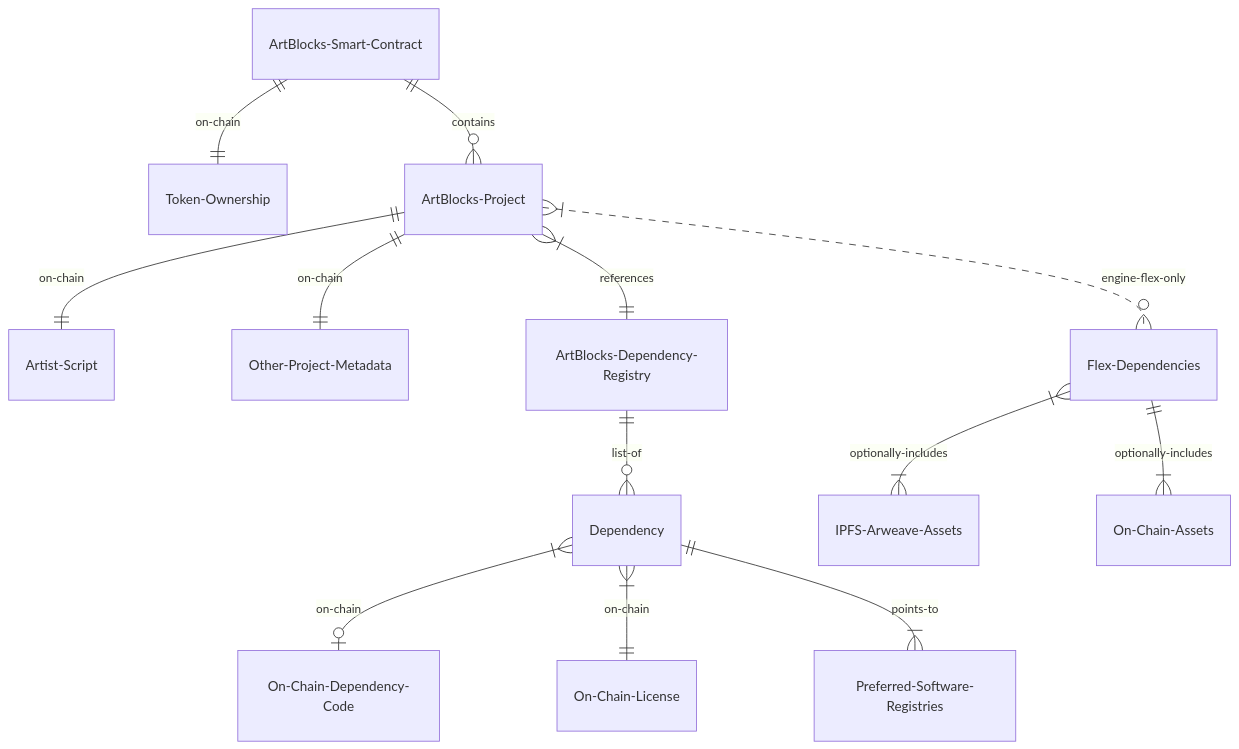
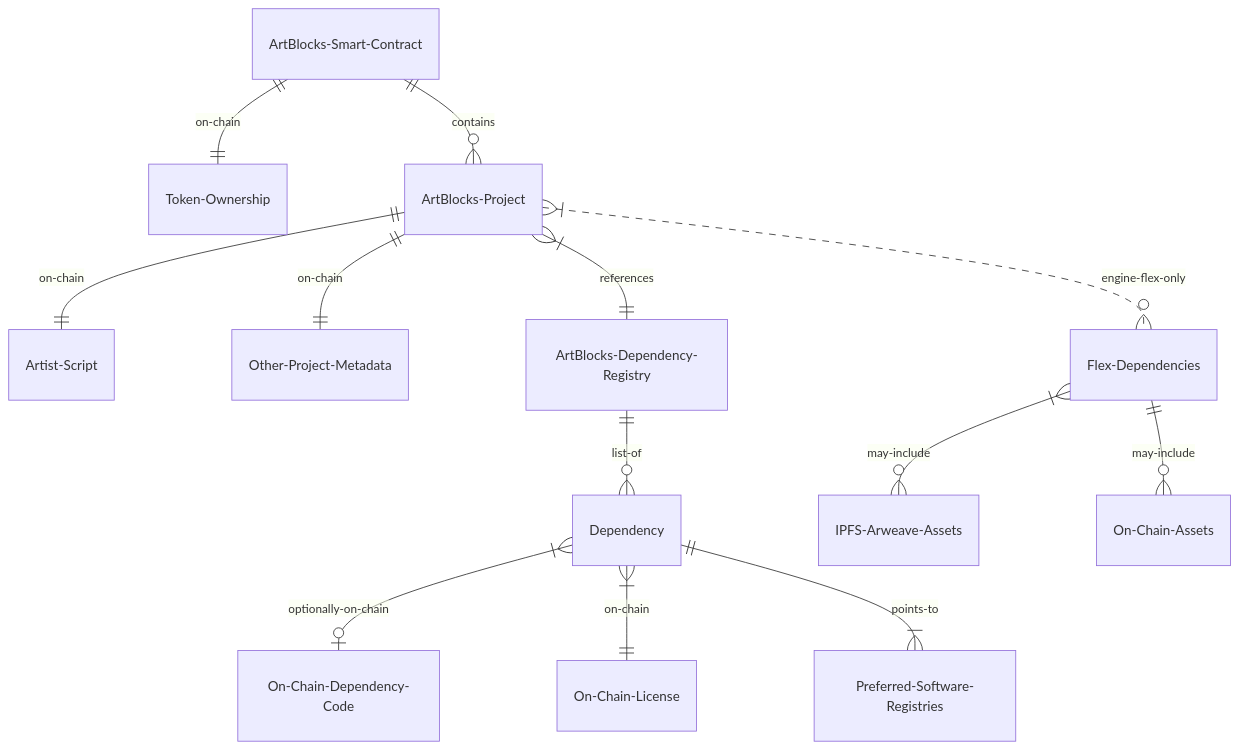
Before and after one commit to ArtBlocks/artblocks-docs: the diagram in art-blocks-101/on-chain.md, drawn with Mermaid.

Commit message:
nits to diagram

````diff
--- a/art-blocks-101/on-chain.md
+++ b/art-blocks-101/on-chain.md
@@ -18,15 +18,15 @@
 ```mermaid
 erDiagram
     ArtBlocks-Smart-Contract ||--|| Token-Ownership :on-chain
     ArtBlocks-Smart-Contract ||--o{ ArtBlocks-Project: contains
     ArtBlocks-Project ||--|| Artist-Script: on-chain
     ArtBlocks-Project ||--|| Other-Project-Metadata: on-chain
     ArtBlocks-Project }|--|| ArtBlocks-Dependency-Registry: references
     ArtBlocks-Dependency-Registry ||--o{ Dependency: list-of
-    Dependency }|--o| On-Chain-Dependency-Code: on-chain
+    Dependency }|--o| On-Chain-Dependency-Code: optionally-on-chain
     Dependency }|--|| On-Chain-License: on-chain
     Dependency ||--|{ Preferred-Software-Registries: points-to
     ArtBlocks-Project }|..o{ Flex-Dependencies: engine-flex-only
-    Flex-Dependencies }|--|{ IPFS-Arweave-Assets: optionally-includes
-    Flex-Dependencies ||--|{ On-Chain-Assets: optionally-includes
+    Flex-Dependencies }|--o{ IPFS-Arweave-Assets: may-include
+    Flex-Dependencies ||--o{ On-Chain-Assets: may-include
 ```
````
